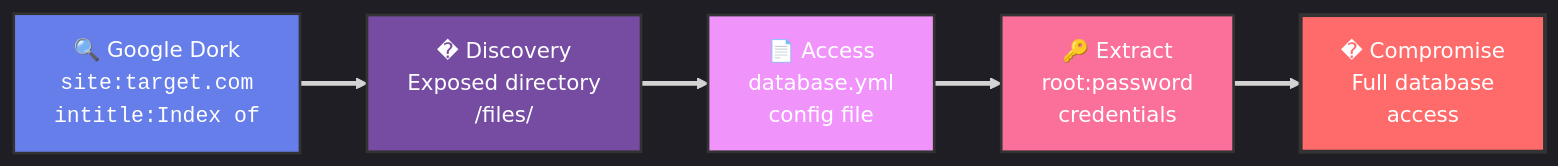
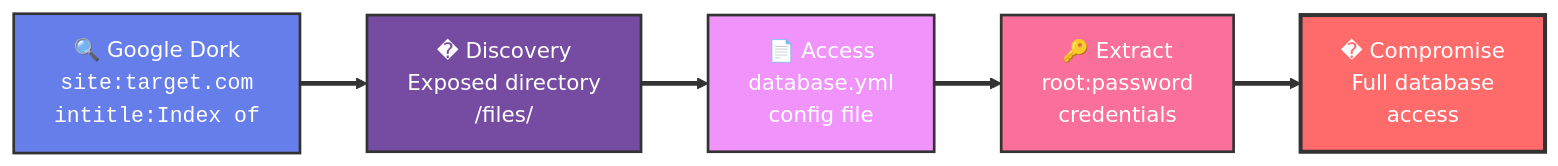
The fourth of 7 diagrams in README.md (mizazhaider-ceh/Web-Security-Google-Dorking), drawn with Mermaid before and after one commit. The commit also changed other lines of this file, not shown here.

````diff
--- a/README.md
+++ b/README.md
@@ -203,19 +203,19 @@
 ```mermaid
-%%{init: {'theme':'dark'}}%%
+%%{init: {'theme':'default', 'themeVariables': { 'background':'#ffffff','mainBkg':'#ffffff','secondaryBkg':'#ffffff','tertiaryBkg':'#ffffff'}}}%%
 graph LR
     A["🔍 Google Dork<br/><code>site:target.com<br/>intitle:Index of</code>"] 
     
     A ==> B["� Discovery<br/>Exposed directory<br/>/files/"]
     
     B ==> C["📄 Access<br/>database.yml<br/>config file"]
     
     C ==> D["🔑 Extract<br/>root:password<br/>credentials"]
     
     D ==> E["� Compromise<br/>Full database<br/>access"]
     
     style A fill:#667eea,stroke:#333,stroke-width:2px,color:#fff
     style B fill:#764ba2,stroke:#333,stroke-width:2px,color:#fff
     style C fill:#f093fb,stroke:#333,stroke-width:2px,color:#fff
     style D fill:#fa709a,stroke:#333,stroke-width:2px,color:#fff
     style E fill:#ff6b6b,stroke:#333,stroke-width:3px,color:#fff
 ```
````
